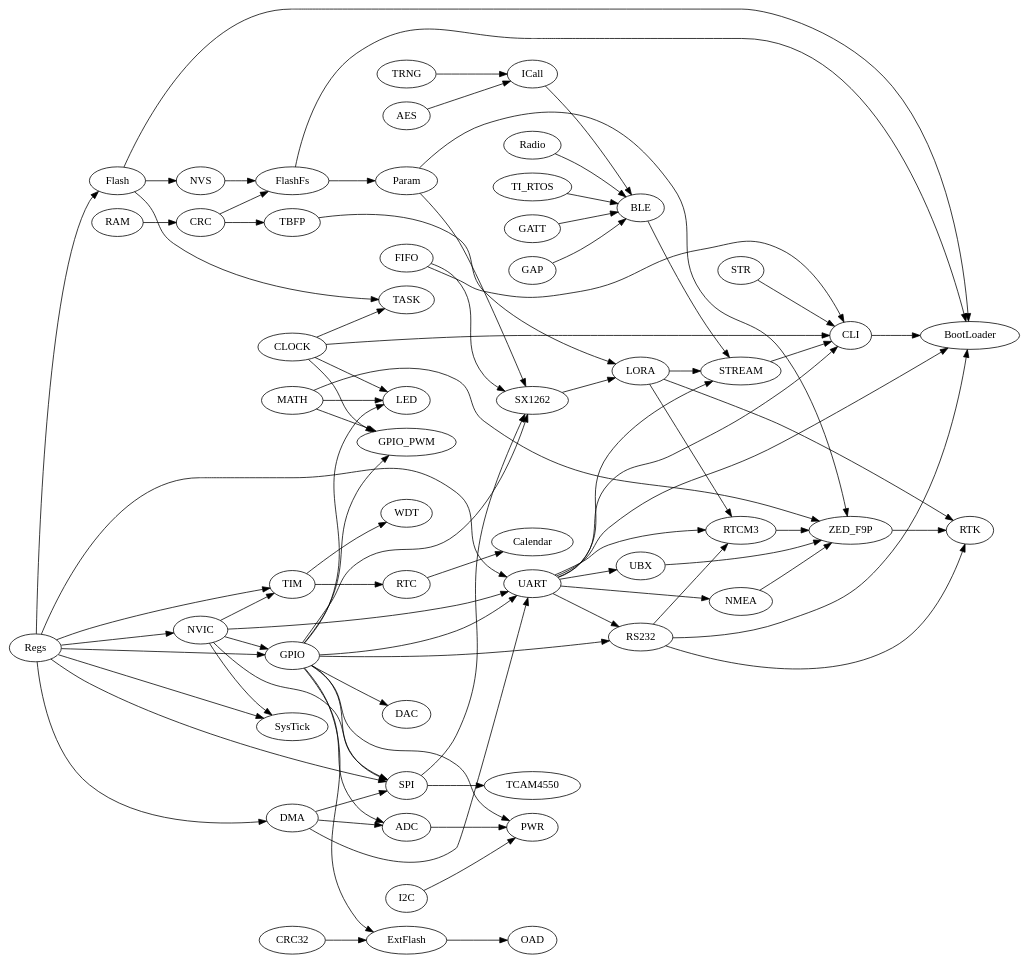
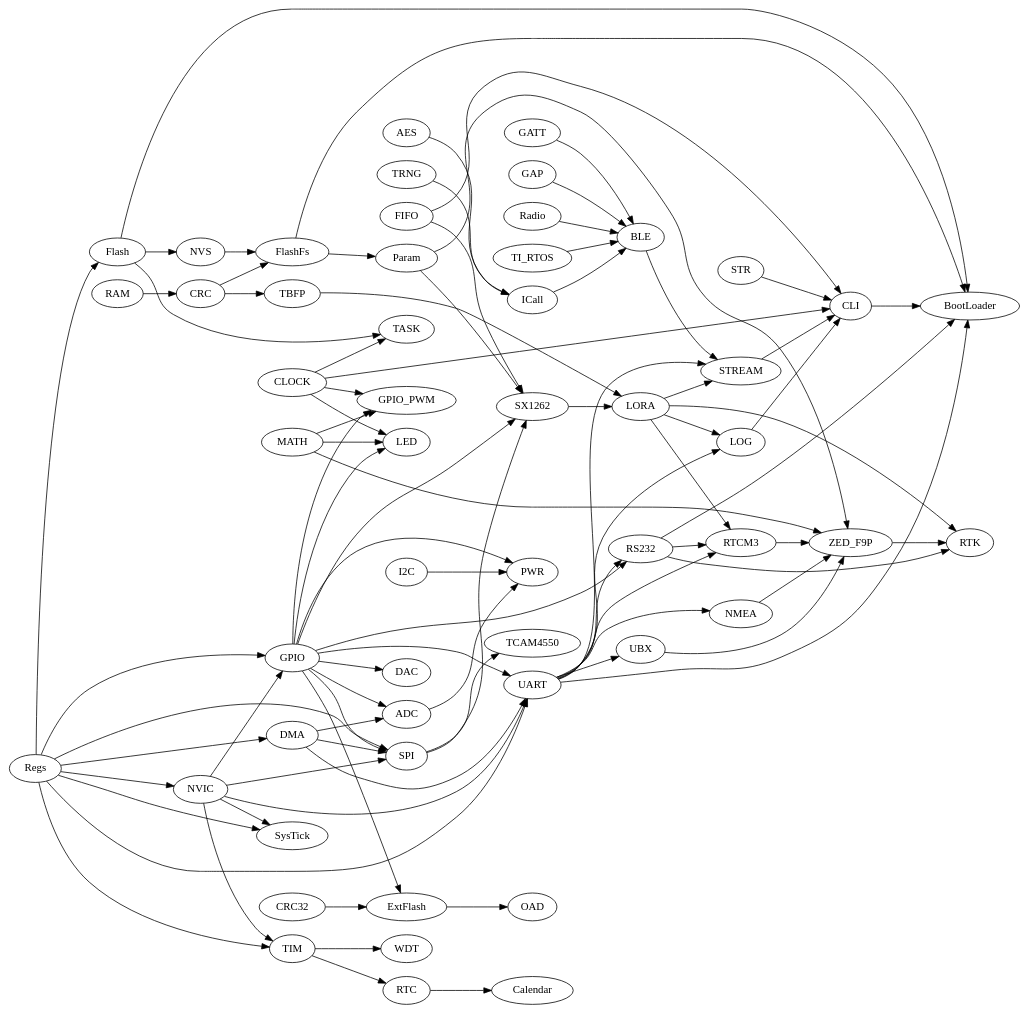
The diagram in docs/dependencies.dot (aabzel/ti_mcu_code_base), drawn with Graphviz before and after one commit. The commit also changed 47 other files, not shown here.

```diff
--- a/docs/dependencies.dot
+++ b/docs/dependencies.dot
@@ -1,89 +1,91 @@
 digraph graphname {
     rankdir=LR;
 	AES;
     CLOCK->CLI;
 	UART->STREAM;
 	LORA->STREAM;
 	BLE->STREAM;
 	RS232->RTK;
 	LORA->RTK;
 	ZED_F9P->RTK;
 	STREAM->CLI
     CLOCK->GPIO_PWM
     CLOCK->LED;
     CLOCK->TASK;
     Flash->TASK;
 	AES->ICall;
 	TRNG->ICall;
 	ICall->BLE;
 	Radio->BLE;
 	TI_RTOS->BLE;
 	GATT->BLE;
 	GAP->BLE;
 	GPIO->ExtFlash;
 	CRC32->ExtFlash;
 	ExtFlash->OAD;
     CRC->FlashFs;
     CRC -> TBFP;
     DMA->SPI;
     DMA->UART;
     DMA->ADC;
     FIFO->CLI;
     Flash->NVS;
     FlashFs->Param;
     GPIO->SPI;
     GPIO->UART;
     GPIO->ADC;
     GPIO->DAC;
     GPIO->GPIO_PWM;
     GPIO->LED;
 	MATH->LED;
     GPIO->PWR;
 	ADC->PWR;
     GPIO->RS232;
     GPIO->SX1262;
 	FIFO->SX1262;
     I2C->PWR;
     LORA->RTCM3;
     MATH->GPIO_PWM;
     MATH->ZED_F9P;
     NMEA->ZED_F9P;
     NVIC->SPI;
     NVIC->UART;
     NVIC->SysTick;
     NVIC->TIM;
     NVIC->GPIO;
     NVS->FlashFs;
     Param->SX1262;
     Param->ZED_F9P;
     RAM->CRC;
     RS232->RTCM3;
     RTC->Calendar;
     RTCM3->ZED_F9P;
     Regs->SPI;
     Regs->UART;
     Regs->DMA;
     Regs->Flash;
     Regs->GPIO;
     Regs->NVIC;
     Regs->SysTick;
     Regs->TIM;
     SPI->SX1262;
     SPI->TCAM4550;
     STR->CLI;
     SX1262->LORA;
     TBFP->LORA;
     TIM->RTC;
     TIM->WDT;
     Flash->BootLoader;
     UART->BootLoader;
     FlashFs->BootLoader;
     CLI->BootLoader;
     RS232->BootLoader;
-    UART->CLI;
+    UART->LOG;
+	LORA->LOG;
+	LOG->CLI;
     UART->NMEA;
     UART->RS232;
     UART->RTCM3;
     UART->UBX;
     UBX->ZED_F9P;
 }
```
